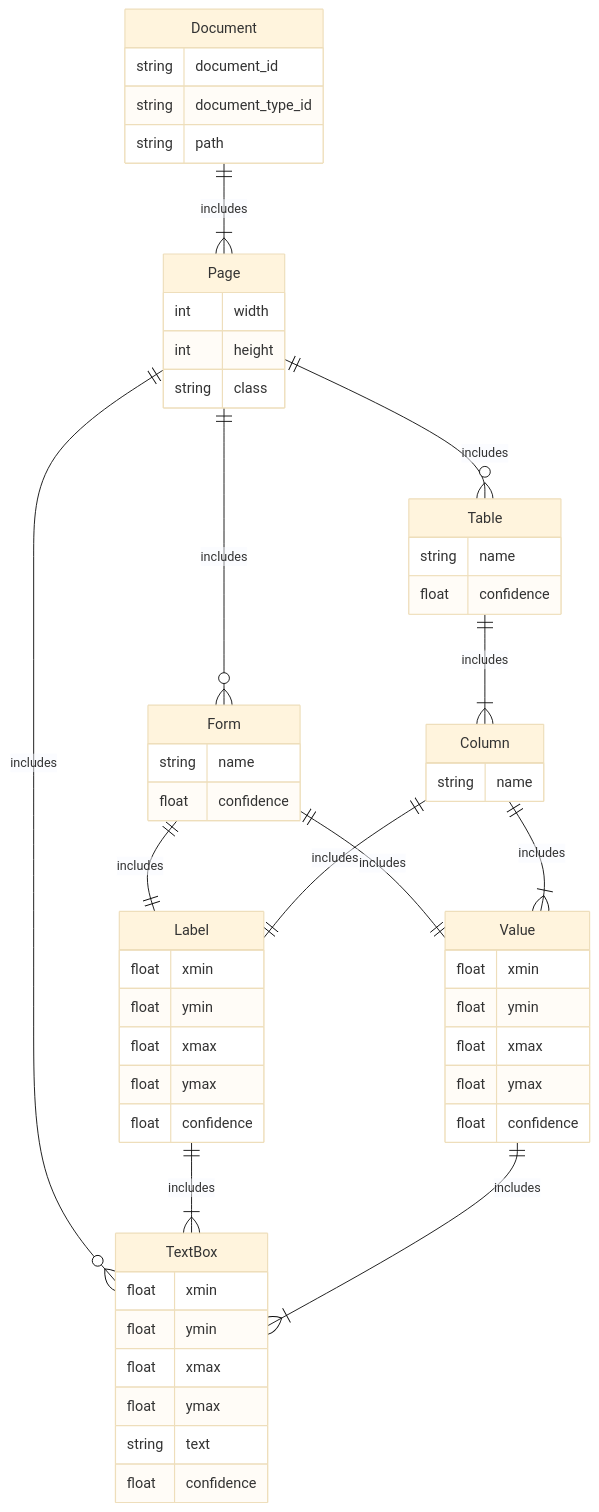
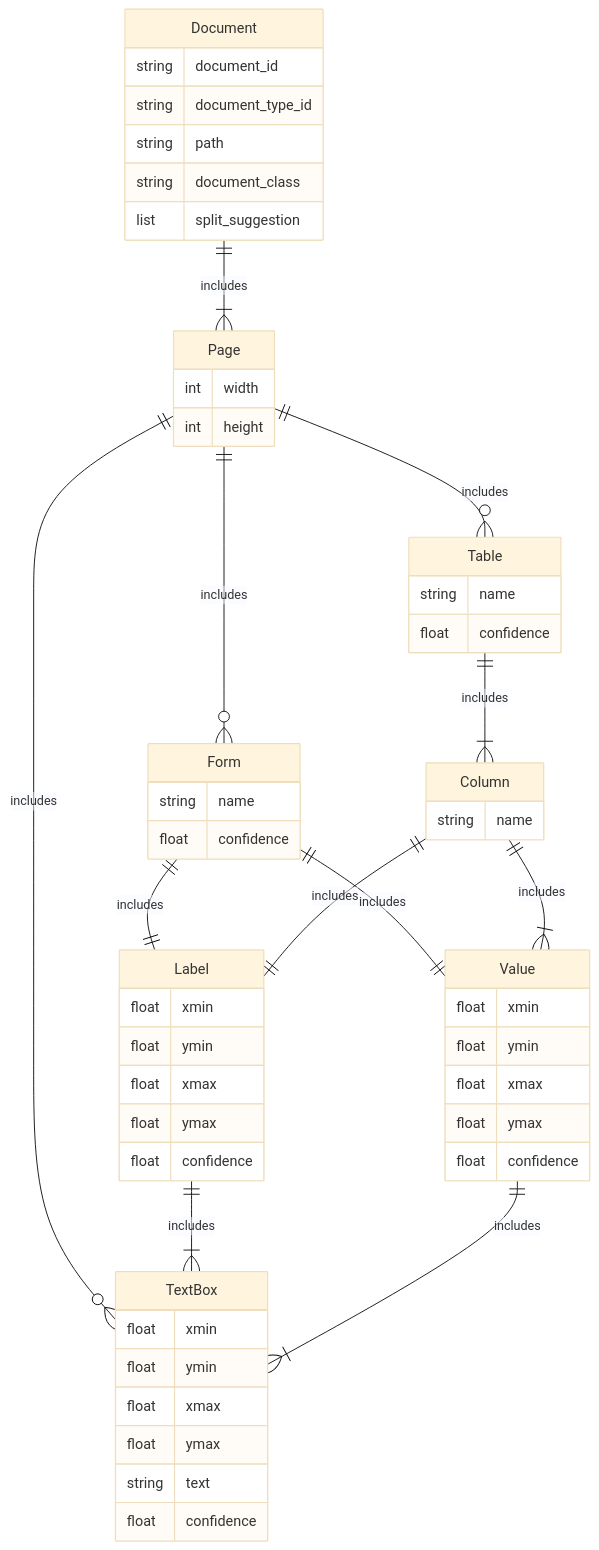
Before and after one commit to tofuai/idoc: the fourth of 4 diagrams in README.md, drawn with Mermaid (base theme). The commit also changed other lines of this file, not shown here.

Commit message:
update diagram

````diff
--- a/README.md
+++ b/README.md
@@ -274,65 +317,66 @@
 ```mermaid
 erDiagram  
  Document ||--|{ Page: includes
  Page ||--o{ TextBox: includes
  Page ||--o{ Form: includes
  Page ||--o{ Table: includes
  Form ||--|| Label: includes
  Form ||--|| Value: includes
  Table ||--|{ Column: includes
  Column ||--|| Label: includes
  Column ||--|{ Value: includes
  Label ||--|{ TextBox: includes
  Value ||--|{ TextBox: includes
 
 Document {
 	string document_id
 	string document_type_id
 	string path
+	string document_class
+	list split_suggestion
 }
 
 Page {
 	int width
 	int height
-	string class
 }
 
 Form {
 	string name
 	float confidence
 }
 
 Table {
 	string name
 	float confidence
 }
 
 Column {
 	string name
 }
 
 TextBox {
 	float xmin
 	float ymin
 	float xmax
 	float ymax
 	string text
 	float confidence
 }
 
 Label{
 	float xmin
 	float ymin
 	float xmax
 	float ymax
 	float confidence
 }
 
 Value{
 	float xmin
 	float ymin
 	float xmax
 	float ymax
 	float confidence
 }
  ```
````
